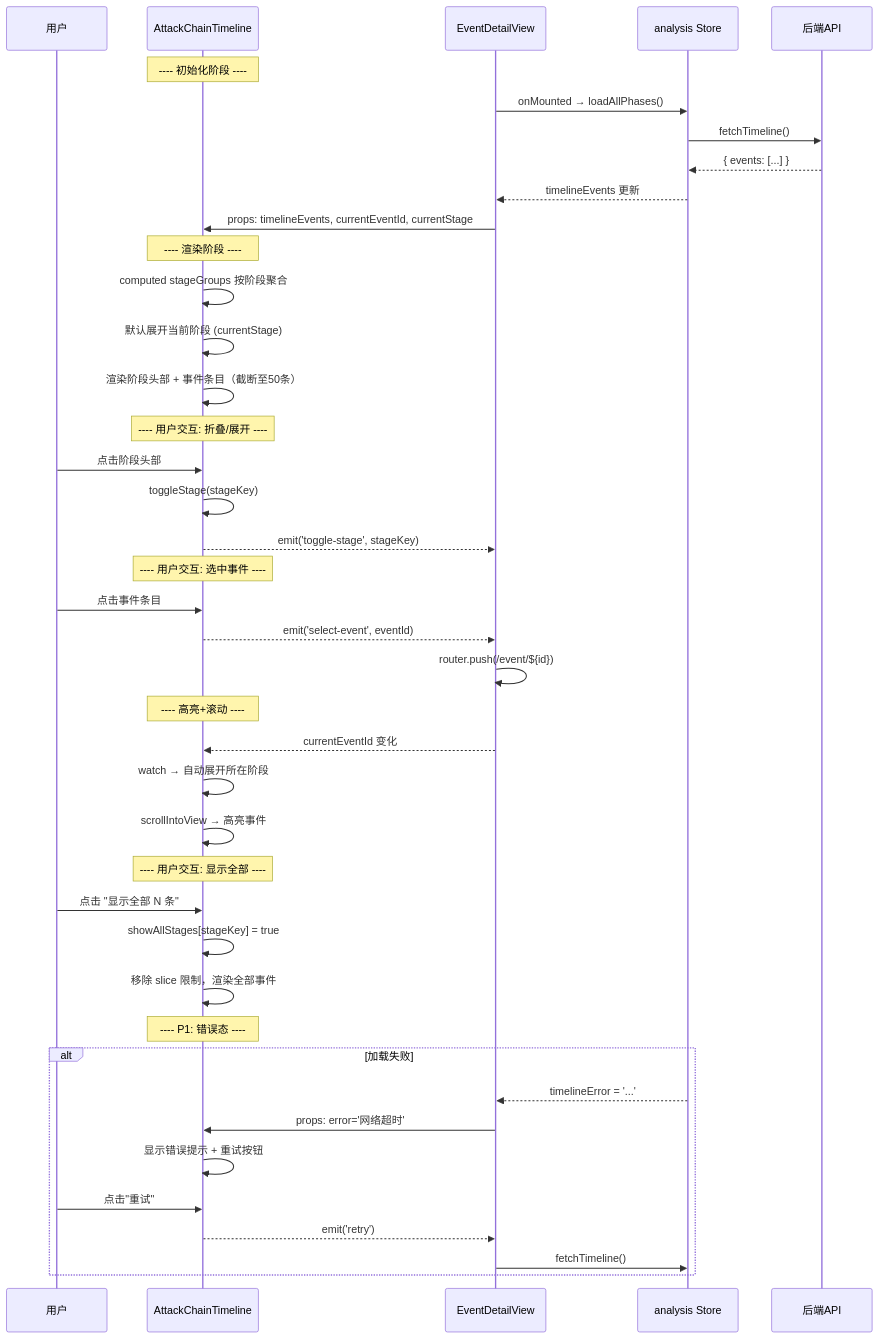
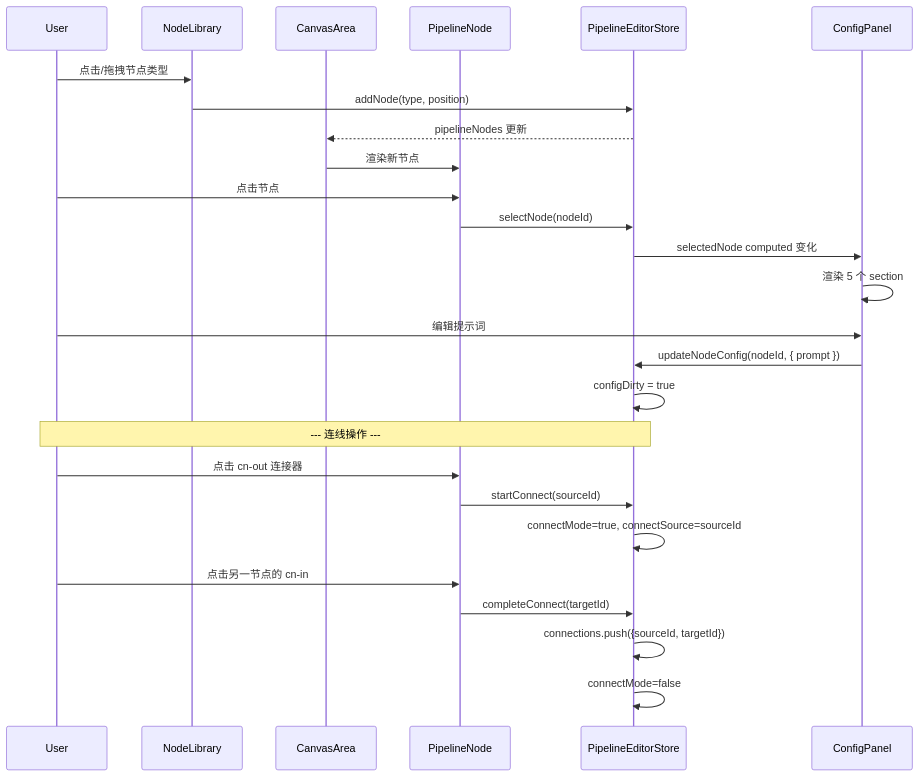
Before and after one commit to xyz0915/ir-platform: the diagram in docs/sequence-diagram.mermaid, drawn with Mermaid. The commit also changed 72 other files, not shown here.

First line of the commit message:
feat: pipeline node-level debugging, analysis-node palette & agent mgmt integration

```diff
--- a/docs/sequence-diagram.mermaid
+++ b/docs/sequence-diagram.mermaid
@@ -1,48 +1,32 @@
 sequenceDiagram
-    participant User as 用户
-    participant Timeline as AttackChainTimeline
-    participant Parent as EventDetailView
-    participant Store as analysis Store
-    participant API as 后端API
+    participant User
+    participant NodeLibrary
+    participant CanvasArea
+    participant PipelineNode
+    participant PipelineEditorStore
+    participant ConfigPanel
 
-    Note over Timeline: ---- 初始化阶段 ----
-    Parent->>Store: onMounted → loadAllPhases()
-    Store->>API: fetchTimeline()
-    API-->>Store: { events: [...] }
-    Store-->>Parent: timelineEvents 更新
-    Parent->>Timeline: props: timelineEvents, currentEventId, currentStage
+    User->>NodeLibrary: 点击/拖拽节点类型
+    NodeLibrary->>PipelineEditorStore: addNode(type, position)
+    PipelineEditorStore-->>CanvasArea: pipelineNodes 更新
+    CanvasArea->>PipelineNode: 渲染新节点
 
-    Note over Timeline: ---- 渲染阶段 ----
-    Timeline->>Timeline: computed stageGroups 按阶段聚合
-    Timeline->>Timeline: 默认展开当前阶段 (currentStage)
-    Timeline->>Timeline: 渲染阶段头部 + 事件条目（截断至50条）
+    User->>PipelineNode: 点击节点
+    PipelineNode->>PipelineEditorStore: selectNode(nodeId)
+    PipelineEditorStore->>ConfigPanel: selectedNode computed 变化
+    ConfigPanel->>ConfigPanel: 渲染 5 个 section
 
-    Note over Timeline: ---- 用户交互: 折叠/展开 ----
-    User->>Timeline: 点击阶段头部
-    Timeline->>Timeline: toggleStage(stageKey)
-    Timeline-->>Parent: emit('toggle-stage', stageKey)
+    User->>ConfigPanel: 编辑提示词
+    ConfigPanel->>PipelineEditorStore: updateNodeConfig(nodeId, { prompt })
+    PipelineEditorStore->>PipelineEditorStore: configDirty = true
 
-    Note over Timeline: ---- 用户交互: 选中事件 ----
-    User->>Timeline: 点击事件条目
-    Timeline-->>Parent: emit('select-event', eventId)
-    Parent->>Parent: router.push(/event/${id})
+    Note over User,PipelineEditorStore: --- 连线操作 ---
 
-    Note over Timeline: ---- 高亮+滚动 ----
-    Parent-->>Timeline: currentEventId 变化
-    Timeline->>Timeline: watch → 自动展开所在阶段
-    Timeline->>Timeline: scrollIntoView → 高亮事件
+    User->>PipelineNode: 点击 cn-out 连接器
+    PipelineNode->>PipelineEditorStore: startConnect(sourceId)
+    PipelineEditorStore->>PipelineEditorStore: connectMode=true, connectSource=sourceId
 
-    Note over Timeline: ---- 用户交互: 显示全部 ----
-    User->>Timeline: 点击 "显示全部 N 条"
-    Timeline->>Timeline: showAllStages[stageKey] = true
-    Timeline->>Timeline: 移除 slice 限制，渲染全部事件
-
-    Note over Timeline: ---- P1: 错误态 ----
-    alt 加载失败
-        Store-->>Parent: timelineError = '...'
-        Parent->>Timeline: props: error='网络超时'
-        Timeline->>Timeline: 显示错误提示 + 重试按钮
-        User->>Timeline: 点击"重试"
-        Timeline-->>Parent: emit('retry')
-        Parent->>Store: fetchTimeline()
-    end
+    User->>PipelineNode: 点击另一节点的 cn-in
+    PipelineNode->>PipelineEditorStore: completeConnect(targetId)
+    PipelineEditorStore->>PipelineEditorStore: connections.push({sourceId, targetId})
+    PipelineEditorStore->>PipelineEditorStore: connectMode=false
```
